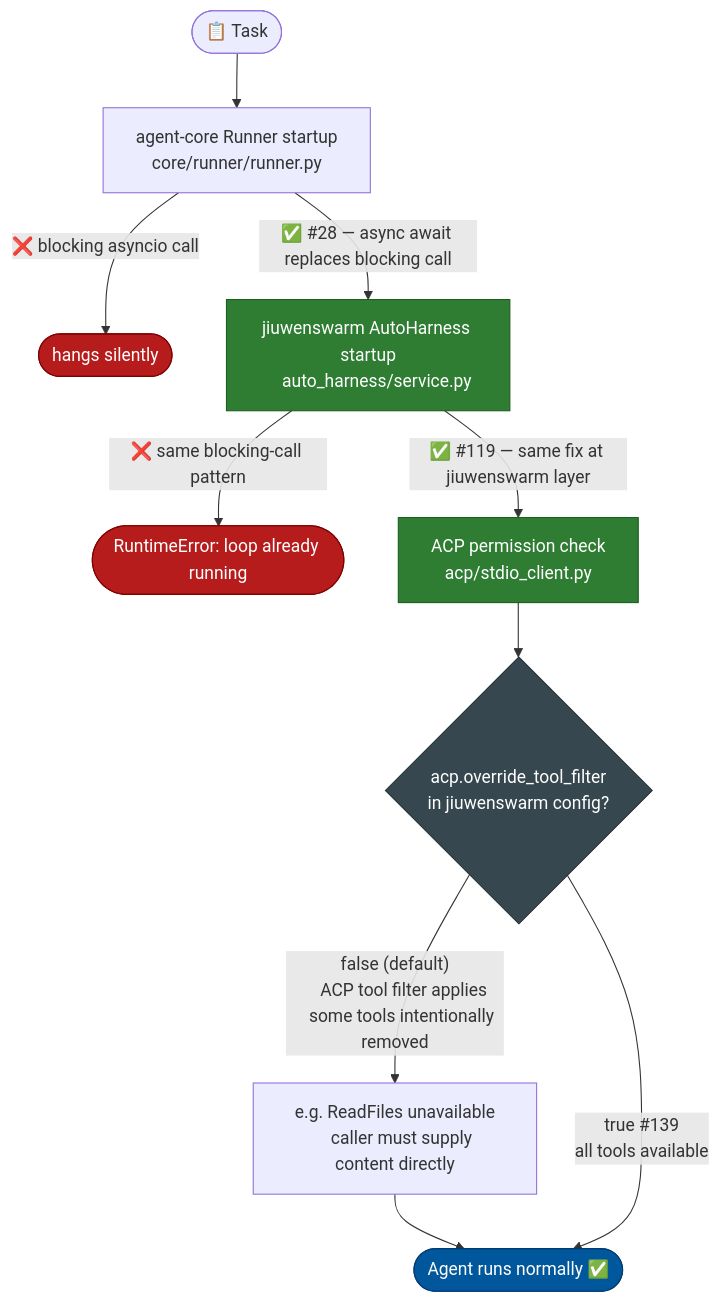
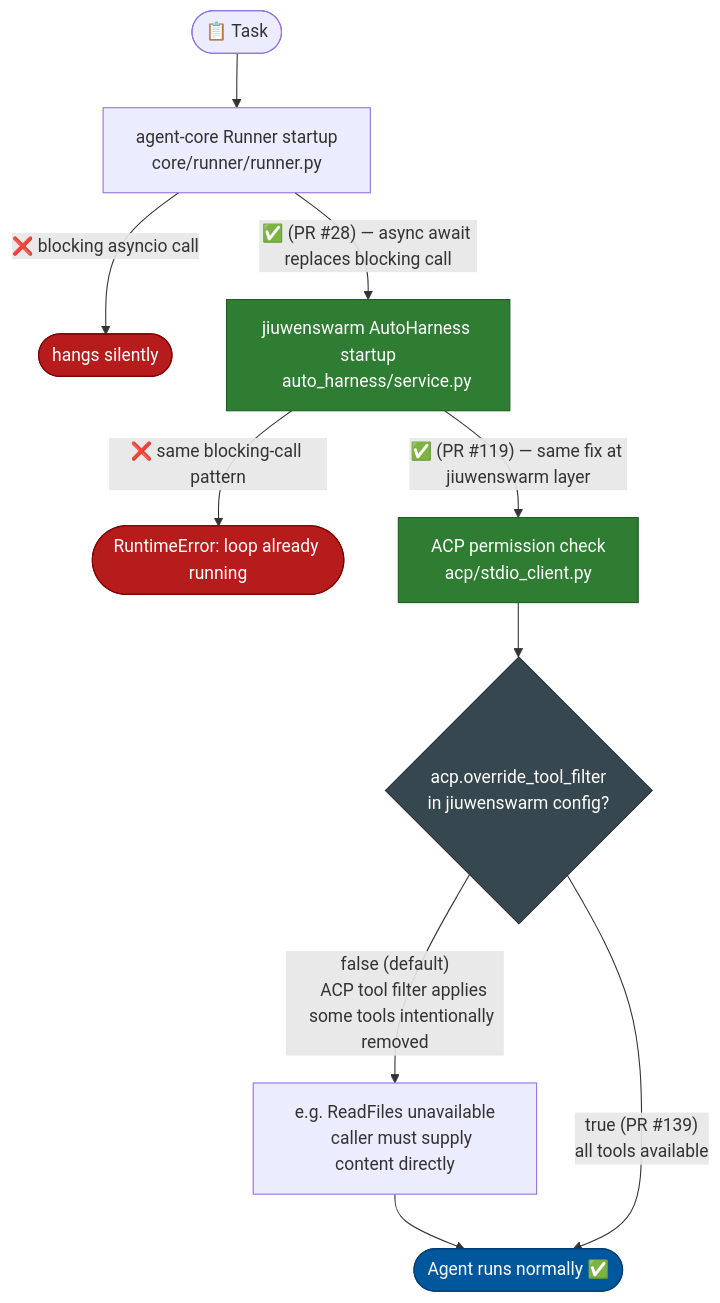
Before and after one commit to michaelatamuk/openjiuwen-jiuwenswarm: the first of 8 diagrams in docs-michael/Implementation.Overview.md, drawn with Mermaid. The commit also changed other lines of this file, not shown here.

````diff
--- a/docs-michael/Implementation.Overview.md
+++ b/docs-michael/Implementation.Overview.md
@@ -141,32 +141,32 @@
 ```mermaid
 flowchart TD
     classDef fix  fill:#2E7D32,color:#fff,stroke:#1B5E20
     classDef fail fill:#B71C1C,color:#fff,stroke:#7f0000
     classDef ok   fill:#01579B,color:#fff,stroke:#003c74
     classDef cfg  fill:#37474F,color:#fff,stroke:#263238
 
     T(["📋 Task"])
 
     T --> AC["agent-core Runner startup
     core/runner/runner.py"]
 
     AC -->|"❌ blocking asyncio call"| H1(["hangs silently"]):::fail
-    AC -->|"✅ #28 — async await replaces blocking call"| JW["jiuwenswarm AutoHarness startup
+    AC -->|"✅ (PR #28) — async await replaces blocking call"| JW["jiuwenswarm AutoHarness startup
     auto_harness/service.py"]:::fix
 
     JW -->|"❌ same blocking-call pattern"| H2(["RuntimeError: loop already running"]):::fail
-    JW -->|"✅ #119 — same fix at jiuwenswarm layer"| ACP["ACP permission check
+    JW -->|"✅ (PR #119) — same fix at jiuwenswarm layer"| ACP["ACP permission check
     acp/stdio_client.py"]:::fix
 
     ACP --> CFG{"acp.override_tool_filter
     in jiuwenswarm config?"}:::cfg
 
     CFG -->|"false (default)
     ACP tool filter applies
     some tools intentionally removed"| FILTER["e.g. ReadFiles unavailable
     caller must supply content directly"]
     FILTER --> RUN
 
-    CFG -->|"true  #139
+    CFG -->|"true  (PR #139)
     all tools available"| RUN(["Agent runs normally ✅"]):::ok
 ```
````
